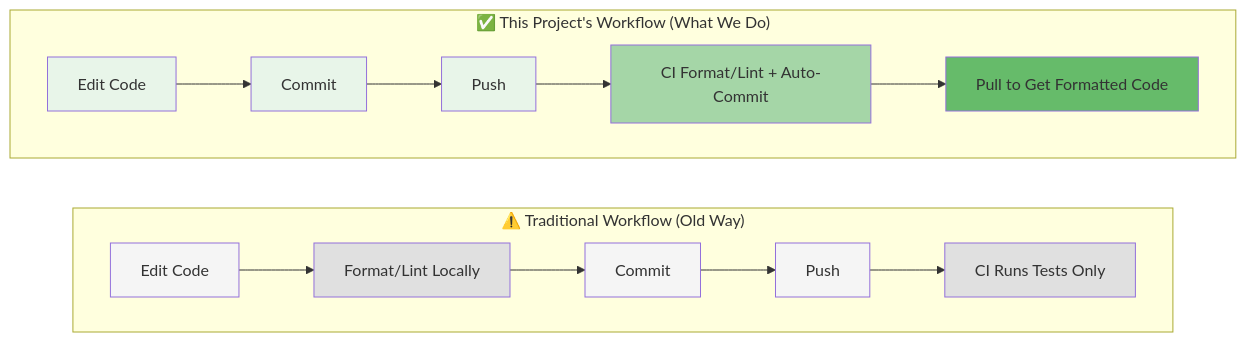
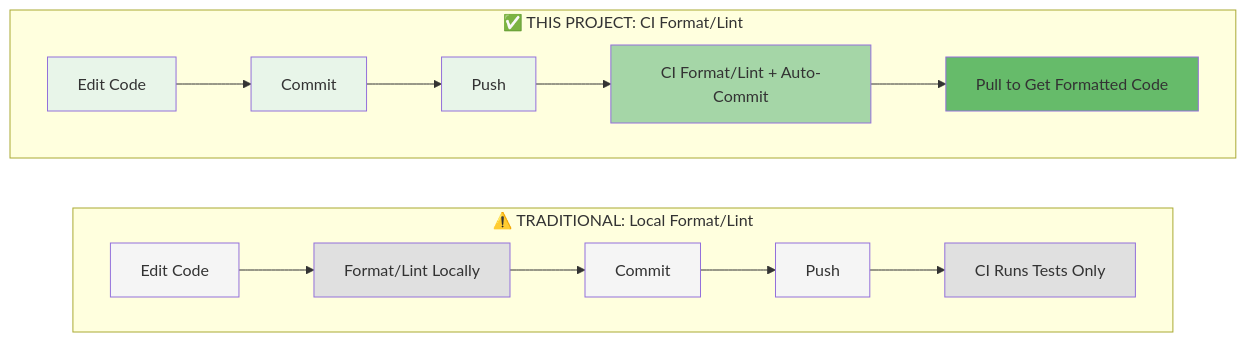
One commit to borealBytes/startup-blueprint changed the first of 6 diagrams in .github/CI_CD_GUIDE.md. Above: the diagram before and after it, drawn with Mermaid.

Commit message:
docs(ci): fix subgraph title cutoff in workflow diagram
Shorten subgraph titles to prevent text cutoff by inner boxes.
Use concise labels that fit properly in the diagram.

````diff
--- a/.github/CI_CD_GUIDE.md
+++ b/.github/CI_CD_GUIDE.md
@@ -11,30 +11,30 @@
 ```mermaid
 graph TD
-    subgraph new ["✅ This Project's Workflow (What We Do)"]
+    subgraph new ["✅ THIS PROJECT: CI Format/Lint"]
         B1[Edit Code] --> B2[Commit]
         B2 --> B3[Push]
         B3 --> B4[CI Format/Lint + Auto-Commit]
         B4 --> B5[Pull to Get Formatted Code]
     end
 
-    subgraph old ["⚠️ Traditional Workflow (Old Way)"]
+    subgraph old ["⚠️ TRADITIONAL: Local Format/Lint"]
         A1[Edit Code] --> A2[Format/Lint Locally]
         A2 --> A3[Commit]
         A3 --> A4[Push]
         A4 --> A5[CI Runs Tests Only]
     end
 
     new ~~~ old
 
     style B1 fill:#e8f5e9
     style B2 fill:#e8f5e9
     style B3 fill:#e8f5e9
     style B4 fill:#a5d6a7
     style B5 fill:#66bb6a
-
+    
     style A1 fill:#f5f5f5
     style A2 fill:#e0e0e0
     style A3 fill:#f5f5f5
     style A4 fill:#f5f5f5
     style A5 fill:#e0e0e0
 ```
````
